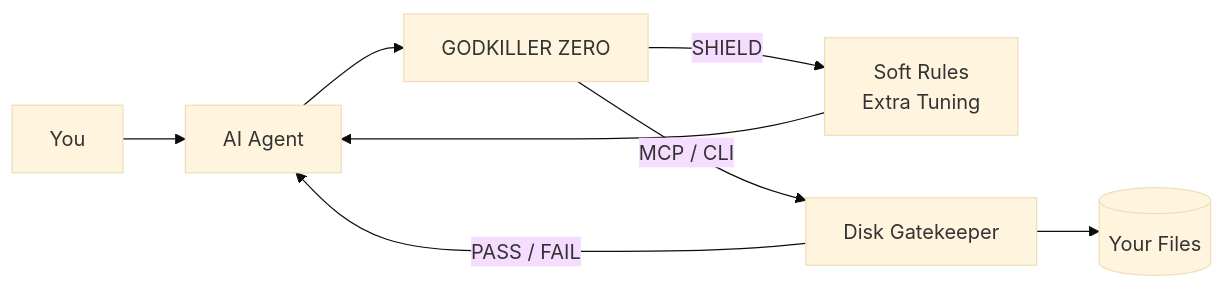
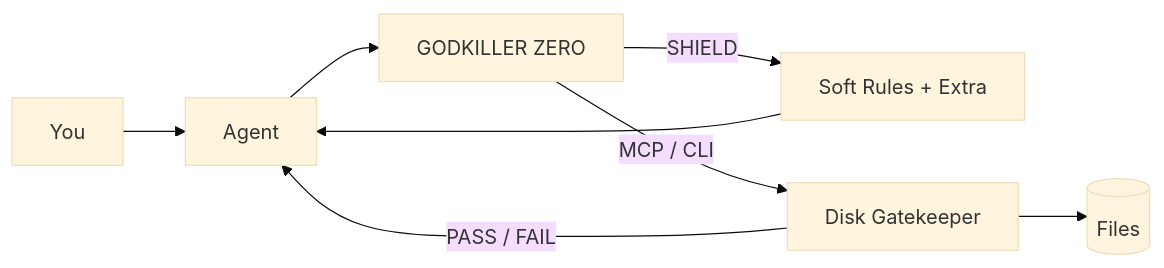
The second of 2 diagrams in README.md (taurus42119-stack/GODKILLER-ZERO), drawn with Mermaid (base theme) before and after one commit. The commit also changed other lines of this file, not shown here.

````diff
--- a/README.md
+++ b/README.md
@@ -91,10 +82,10 @@
 ```mermaid
 flowchart LR
-  A[You] --> B[AI Agent]
-  B --> C[GODKILLER ZERO]
-  C -->|SHIELD| D[Soft Rules<br/>Extra Tuning]
-  C -->|MCP / CLI| E[Disk Gatekeeper]
-  E --> F[(Your Files)]
-  E -->|PASS / FAIL| B
-  D --> B
+  You --> Agent
+  Agent --> ZERO[GODKILLER ZERO]
+  ZERO -->|SHIELD| Soft[Soft Rules + Extra]
+  ZERO -->|MCP / CLI| Hard[Disk Gatekeeper]
+  Hard --> Disk[(Files)]
+  Hard -->|PASS / FAIL| Agent
+  Soft --> Agent
 ```
````
